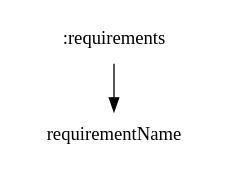
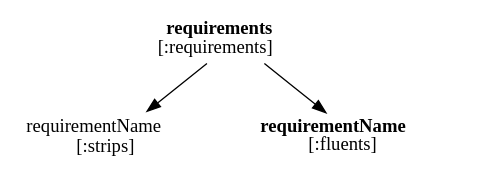
One commit to jpotoniec/GUI4PDDL changed the diagram in thesis/img/antlr_ast.dot. Above: the diagram before and after it, drawn with Graphviz. The commit also changed 4 other files, not shown here.

```diff
--- a/thesis/img/antlr_ast.dot
+++ b/thesis/img/antlr_ast.dot
@@ -1,6 +1,9 @@
 digraph antlr_tree {
 	node [shape = none];
+	requirements [label = < <B>requirements</B><br/>[:requirements] >];
+	requirementName2[label = < requirementName<br/>[:strips] >];
+	requirementName [label = < <B >requirementName</B ><br/>[:fluents] >];
 
-	requirements [label = ":requirements"];
 	requirements -> requirementName;
+	requirements -> requirementName2;
 }
```
